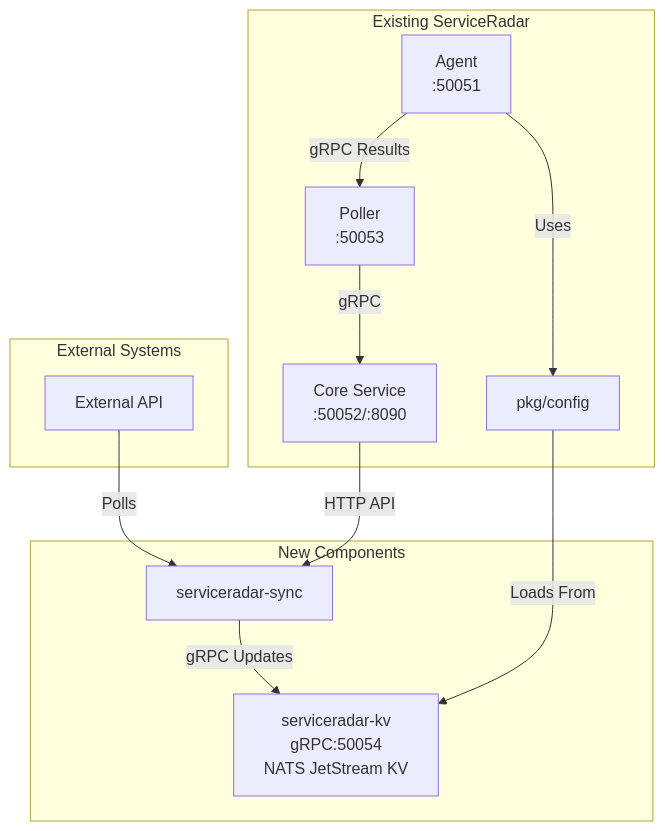
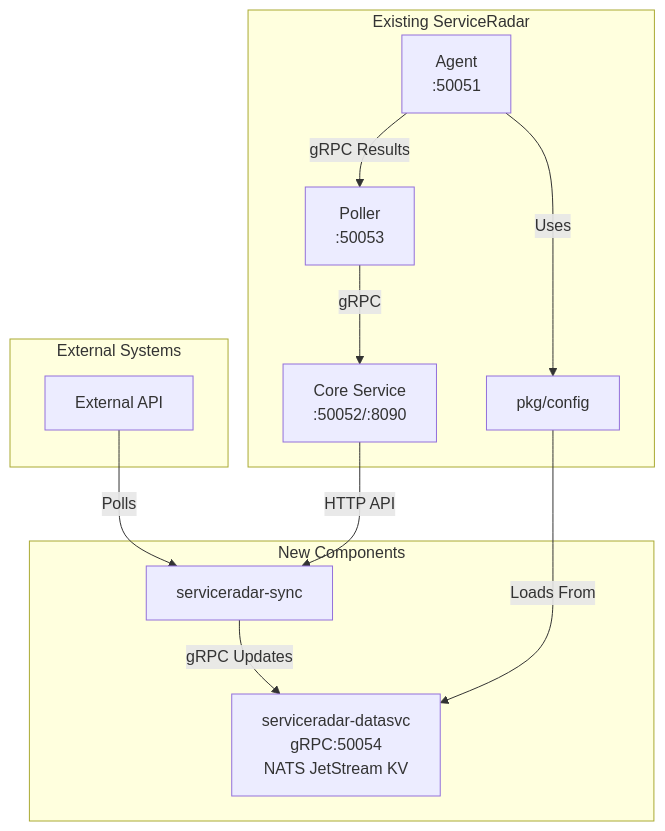
One commit to carverauto/serviceradar changed the diagram in sr-architecture-and-design/adr/ADR-01.md. Above: the diagram before and after it, drawn with Mermaid. The commit also changed other lines of this file and 82 other files, not shown here.

````diff
--- a/sr-architecture-and-design/adr/ADR-01.md
+++ b/sr-architecture-and-design/adr/ADR-01.md
@@ -28,26 +28,26 @@
 ```mermaid
 graph TD
     subgraph "External Systems"
         ExternalAPI[External API]
     end
 
     subgraph "New Components"
-        KVDaemon[serviceradar-kv<br/>gRPC:50054<br/>NATS JetStream KV]
+        KVDaemon[serviceradar-datasvc<br/>gRPC:50054<br/>NATS JetStream KV]
         SyncService[serviceradar-sync]
         ExternalAPI -->|Polls| SyncService
         SyncService -->|gRPC Updates| KVDaemon
     end
 
     subgraph "Existing ServiceRadar"
         Agent[Agent<br/>:50051]
         Poller[Poller<br/>:50053]
         Core[Core Service<br/>:50052/:8090]
         Config[pkg/config]
         
         Agent -->|gRPC Results| Poller
         Poller -->|gRPC| Core
         Core -->|HTTP API| SyncService
         Agent -->|Uses| Config
         Config -->|Loads From| KVDaemon
     end
 ```
````
